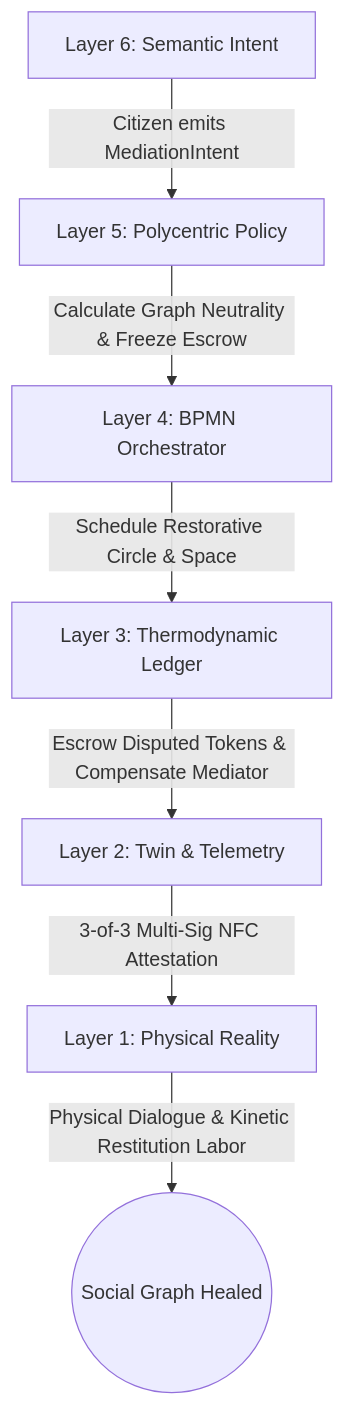
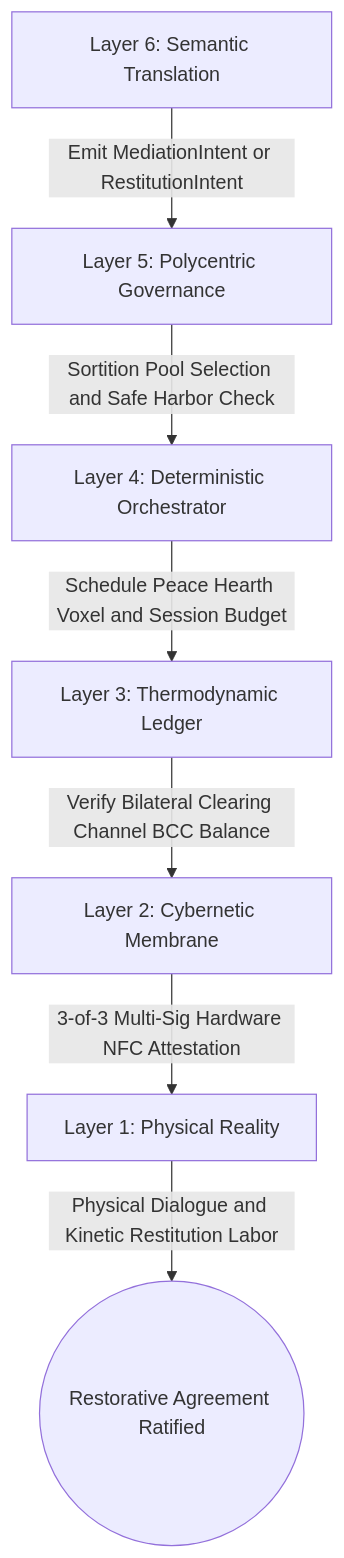
One commit to raffaine/collective changed the diagram in docs/scenarios/psi_mediation.md. Above: the diagram before and after it, drawn with Mermaid. The commit also changed other lines of this file and 23 other files, not shown here.

````diff
--- a/docs/scenarios/psi_mediation.md
+++ b/docs/scenarios/psi_mediation.md
@@ -41,9 +43,9 @@
 ```mermaid
 graph TD
-    L6[Layer 6: Semantic Intent] -->|Citizen emits MediationIntent| L5[Layer 5: Polycentric Policy]
-    L5 -->|Calculate Graph Neutrality & Freeze Escrow| L4[Layer 4: BPMN Orchestrator]
-    L4 -->|Schedule Restorative Circle & Space| L3[Layer 3: Thermodynamic Ledger]
-    L3 -->|Escrow Disputed Tokens & Compensate Mediator| L2[Layer 2: Twin & Telemetry]
-    L2 -->|3-of-3 Multi-Sig NFC Attestation| L1[Layer 1: Physical Reality]
-    L1 -->|Physical Dialogue & Kinetic Restitution Labor| End((Social Graph Healed))
+    L6[Layer 6: Semantic Translation] -->|Emit MediationIntent or RestitutionIntent| L5[Layer 5: Polycentric Governance]
+    L5 -->|Sortition Pool Selection and Safe Harbor Check| L4[Layer 4: Deterministic Orchestrator]
+    L4 -->|Schedule Peace Hearth Voxel and Session Budget| L3[Layer 3: Thermodynamic Ledger]
+    L3 -->|Verify Bilateral Clearing Channel BCC Balance| L2[Layer 2: Cybernetic Membrane]
+    L2 -->|3-of-3 Multi-Sig Hardware NFC Attestation| L1[Layer 1: Physical Reality]
+    L1 -->|Physical Dialogue and Kinetic Restitution Labor| End((Restorative Agreement Ratified))
 ```
````
